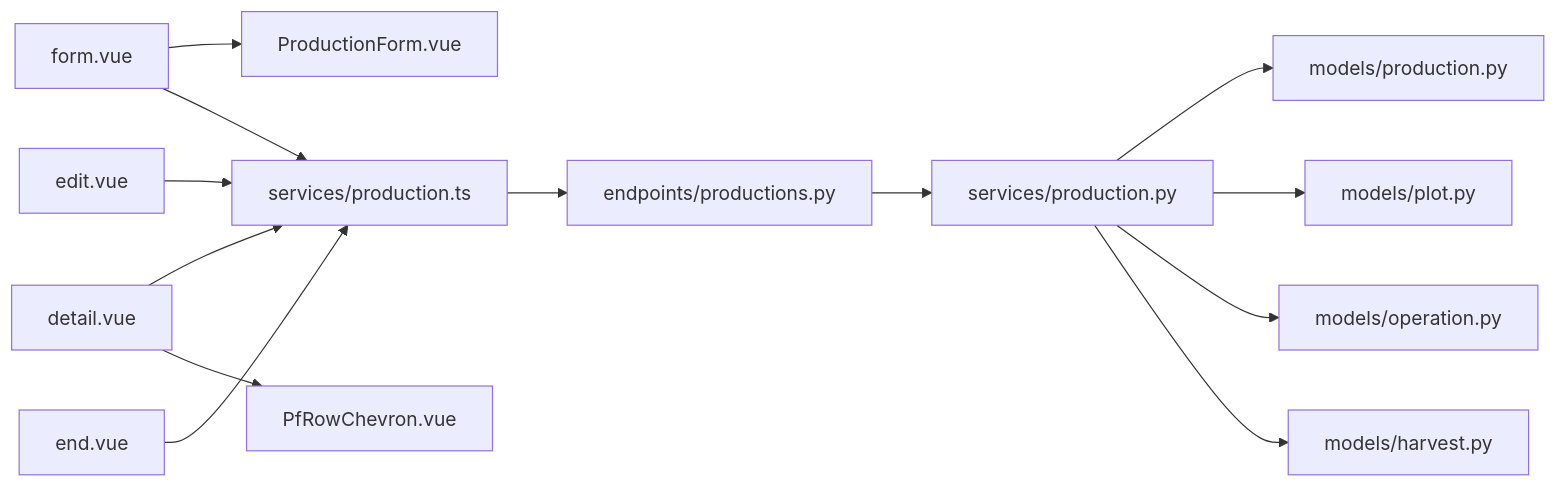
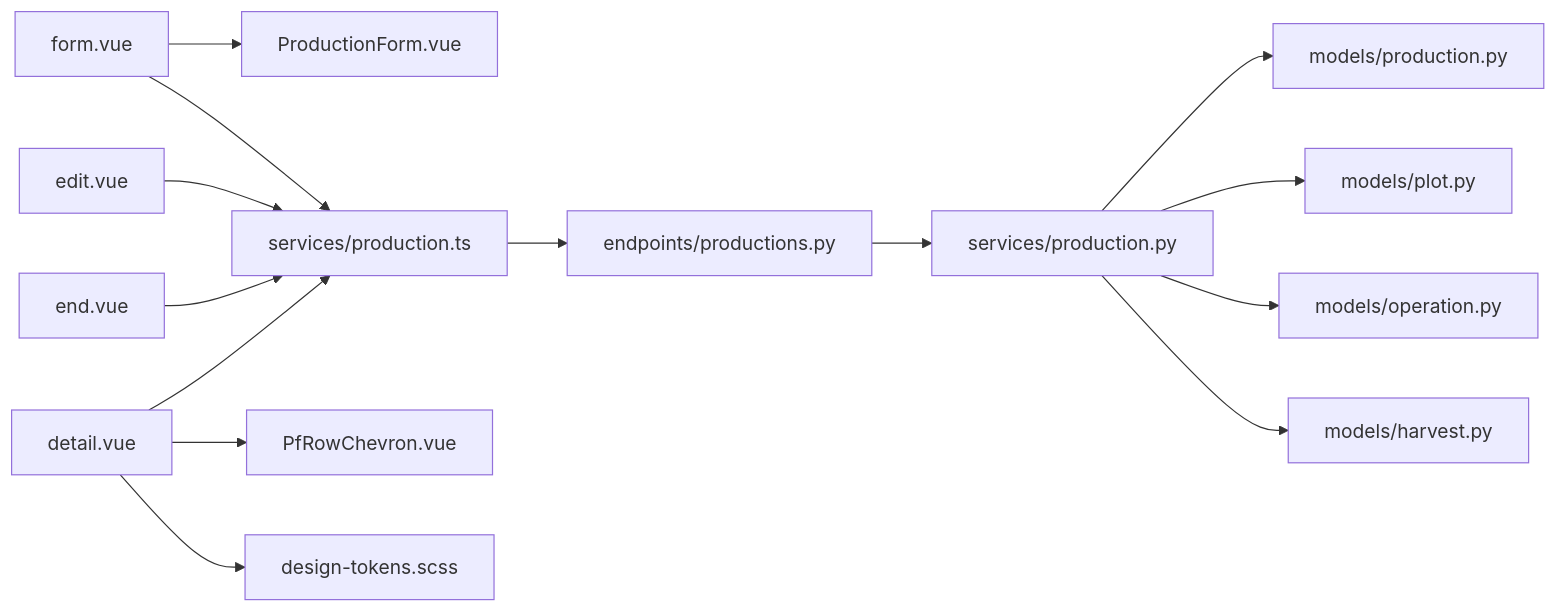
Before and after one commit to wungjyan/pocket-farm: the seventh of 7 diagrams in .qoder/repowiki/zh/content/前端应用/生产跟踪模块.md, drawn with Mermaid. The commit also changed other lines of this file and 22 other files, not shown here.

````diff
--- a/.qoder/repowiki/zh/content/前端应用/生产跟踪模块.md
+++ b/.qoder/repowiki/zh/content/前端应用/生产跟踪模块.md
@@ -365,15 +371,16 @@
 ```mermaid
 graph LR
 PF["form.vue"] --> CF["ProductionForm.vue"]
 PF --> SP["services/production.ts"]
 DET["detail.vue"] --> SP
 DET --> PC["PfRowChevron.vue"]
+DET --> ST["design-tokens.scss"]
 EDI["edit.vue"] --> SP
 END["end.vue"] --> SP
 SP --> EP["endpoints/productions.py"]
 EP --> SVC["services/production.py"]
 SVC --> MOD_P["models/production.py"]
 SVC --> MOD_PL["models/plot.py"]
 SVC --> MOD_OP["models/operation.py"]
 SVC --> MOD_HV["models/harvest.py"]
 ```
````
